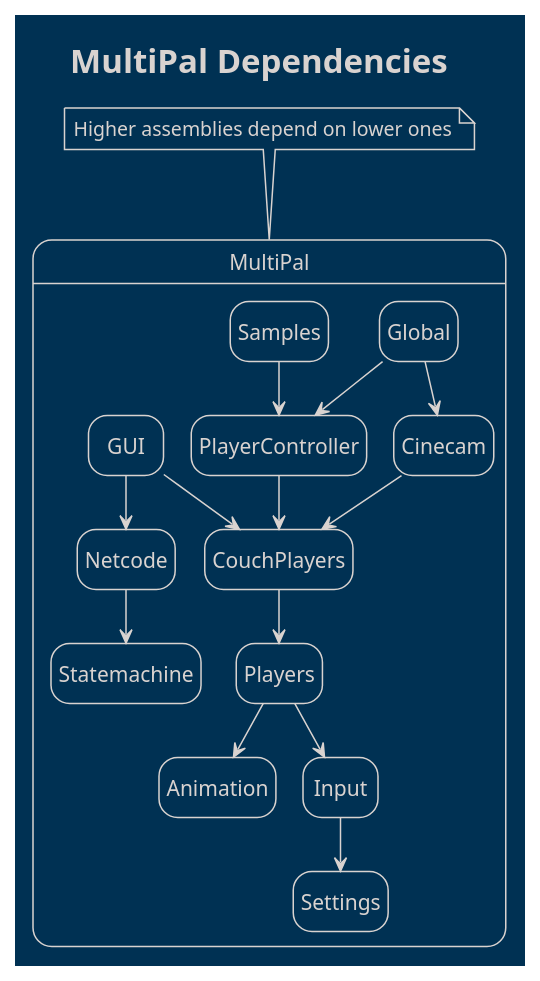
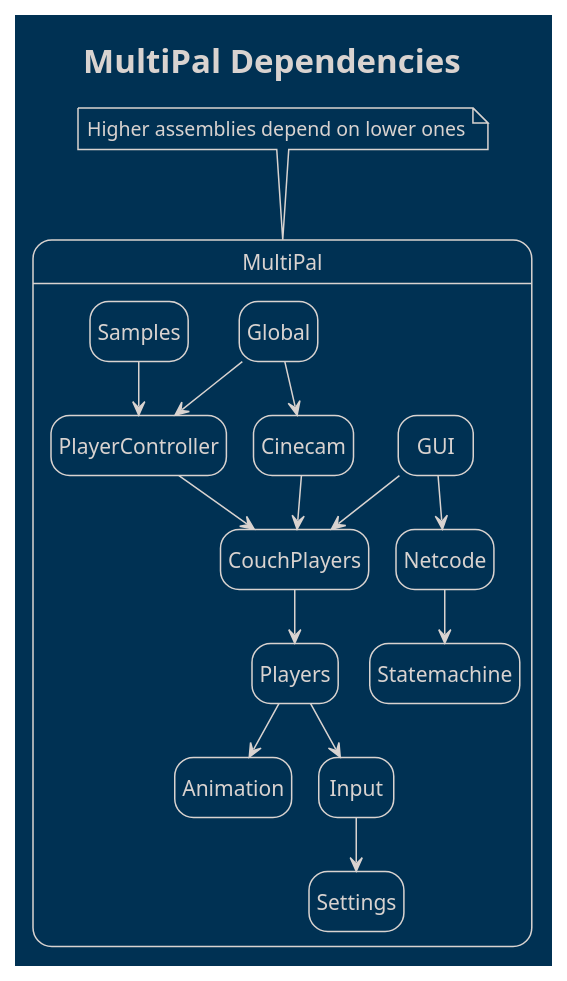
The diagram in PlantUML Diagrams/MultiPal Assemblies.puml (CodeSmile-0000011110110111/WriteBetterNetcode), drawn with PlantUML before and after one commit. The commit also changed 1 other file, not shown here.

Commit message:
diagram update

```diff
--- a/PlantUML Diagrams/MultiPal Assemblies.puml
+++ b/PlantUML Diagrams/MultiPal Assemblies.puml
@@ -1,36 +1,35 @@
 @startuml
 
 !theme blueprint
 hide empty description
 
 title MultiPal Dependencies
 
 
 state MultiPal{
 }
 
 note top of MultiPal : Higher assemblies depend on lower ones
 
-MultiPal.GUI --> MultiPal.Netcode
-MultiPal.GUI --> MultiPal.CouchPlayers
+' this is only for WentOnline/offline events, to be removed
+'MultiPal.Cinecam --> MultiPal.Netcode
 
 MultiPal.Samples --> MultiPal.PlayerController
 MultiPal.Global --> MultiPal.PlayerController
 MultiPal.Global --> MultiPal.Cinecam
 
 MultiPal.Cinecam --> MultiPal.CouchPlayers
 MultiPal.PlayerController --> MultiPal.CouchPlayers
+
+MultiPal.GUI --> MultiPal.Netcode
+MultiPal.GUI --> MultiPal.CouchPlayers
 
 MultiPal.CouchPlayers --> MultiPal.Players
 
 MultiPal.Players --> MultiPal.Animation
 MultiPal.Players --> MultiPal.Input
 
 MultiPal.Input --> MultiPal.Settings
 MultiPal.Netcode --> MultiPal.Statemachine
 
-
-' this is only for WentOnline/offline events, to be removed
-'MultiPal.Cinecam --> MultiPal.Netcode
-
 @enduml
```
